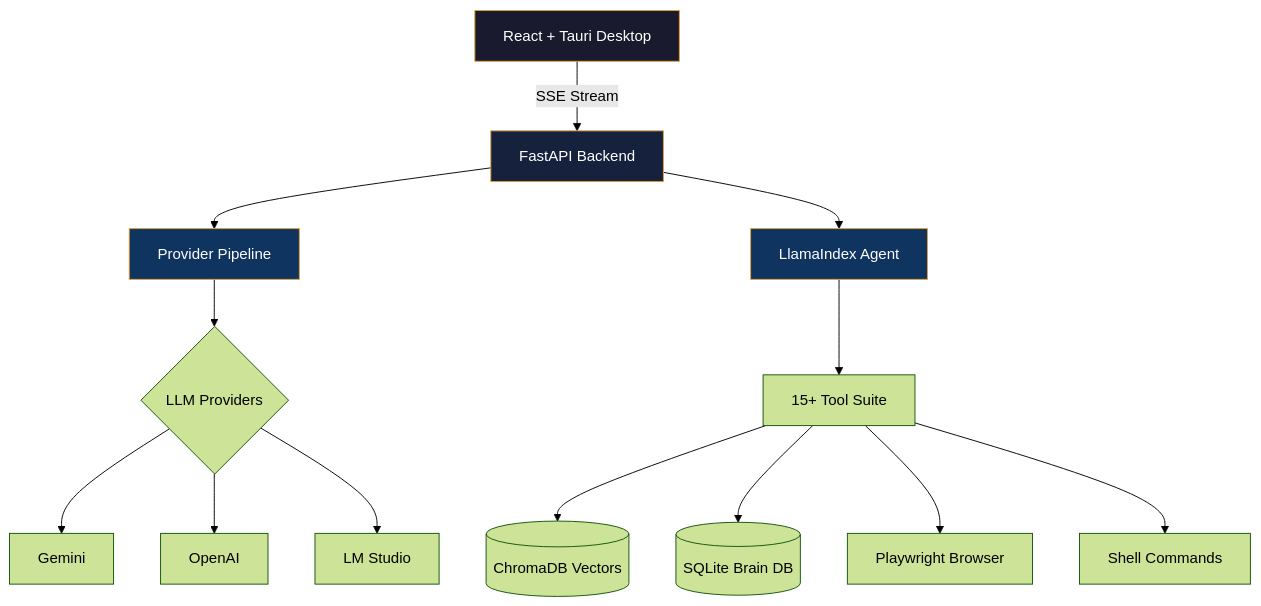
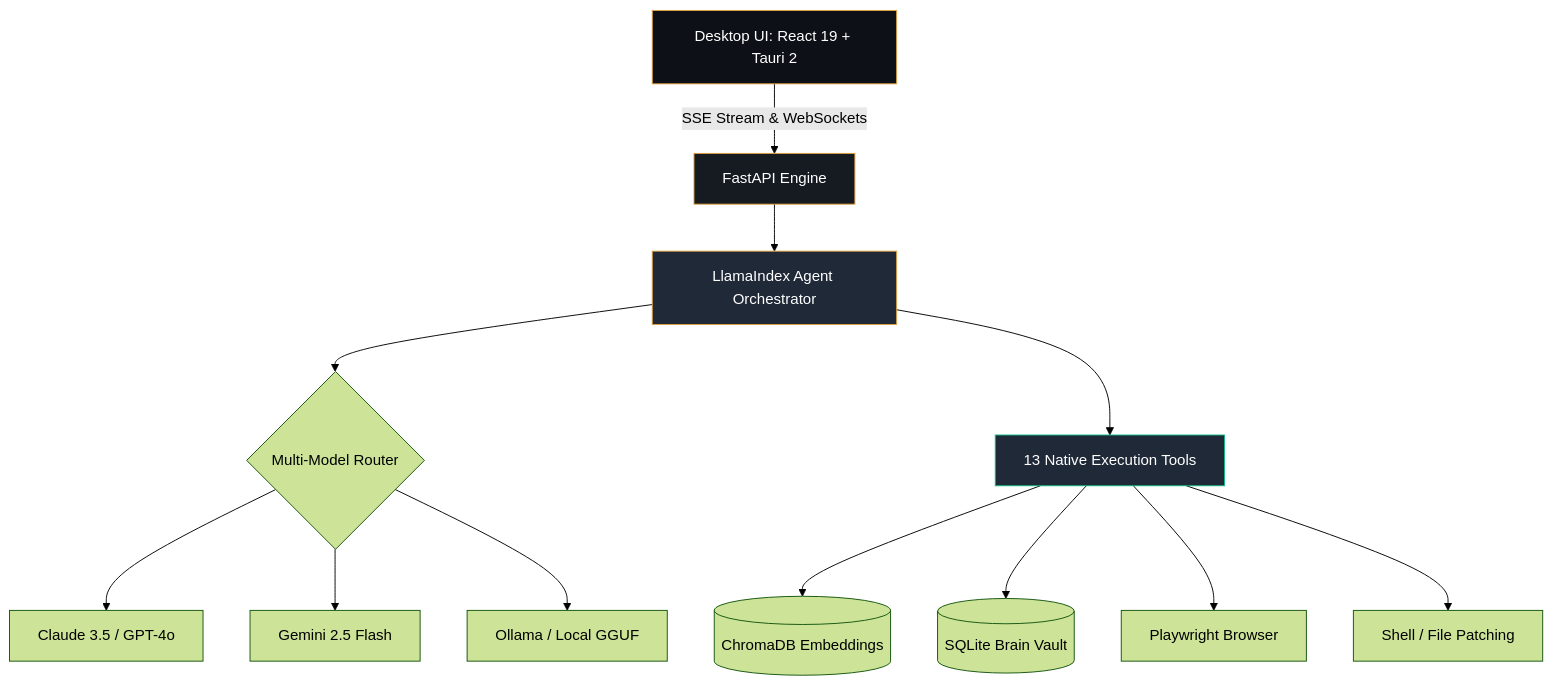
The diagram in README.md (aqibmehedi007/aqibmehedi007), drawn with Mermaid (forest theme) before and after one commit. The commit also changed other lines of this file, not shown here.

````diff
--- a/README.md
+++ b/README.md
@@ -190,20 +194,19 @@
 ```mermaid
 graph TB
-    A[React + Tauri Desktop] -->|SSE Stream| B[FastAPI Backend]
-    B --> C[Provider Pipeline]
-    C --> D{LLM Providers}
-    D --> E[Gemini]
-    D --> F[OpenAI]
-    D --> G[LM Studio]
-    B --> H[LlamaIndex Agent]
-    H --> I[15+ Tool Suite]
-    I --> J[(ChromaDB Vectors)]
-    I --> K[(SQLite Brain DB)]
-    I --> L[Playwright Browser]
-    I --> M[Shell Commands]
+    A[Desktop UI: React 19 + Tauri 2] -->|SSE Stream & WebSockets| B[FastAPI Engine]
+    B --> C[LlamaIndex Agent Orchestrator]
+    C --> D{Multi-Model Router}
+    D --> E[Claude 3.5 / GPT-4o]
+    D --> F[Gemini 2.5 Flash]
+    D --> G[Ollama / Local GGUF]
+    C --> H[13 Native Execution Tools]
+    H --> I[(ChromaDB Embeddings)]
+    H --> J[(SQLite Brain Vault)]
+    H --> K[Playwright Browser]
+    H --> L[Shell / File Patching]
     
-    style A fill:#1a1a2e,stroke:#e0a040,color:#fff
-    style B fill:#16213e,stroke:#e0a040,color:#fff
-    style C fill:#0f3460,stroke:#e0a040,color:#fff
-    style H fill:#0f3460,stroke:#e0a040,color:#fff
+    style A fill:#0d1117,stroke:#e0a040,color:#fff
+    style B fill:#161b22,stroke:#e0a040,color:#fff
+    style C fill:#1f2937,stroke:#e0a040,color:#fff
+    style H fill:#1f2937,stroke:#10b981,color:#fff
 ```
````
